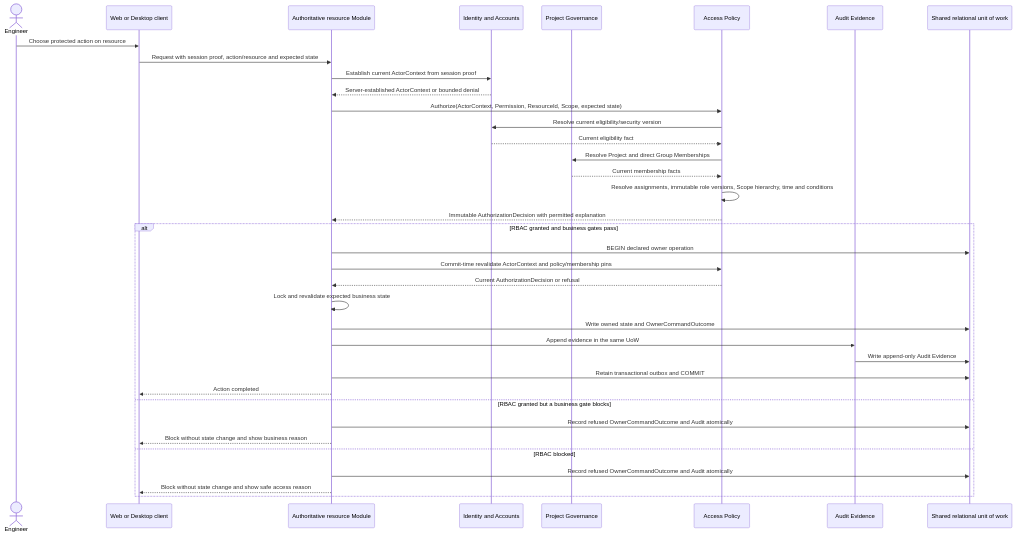
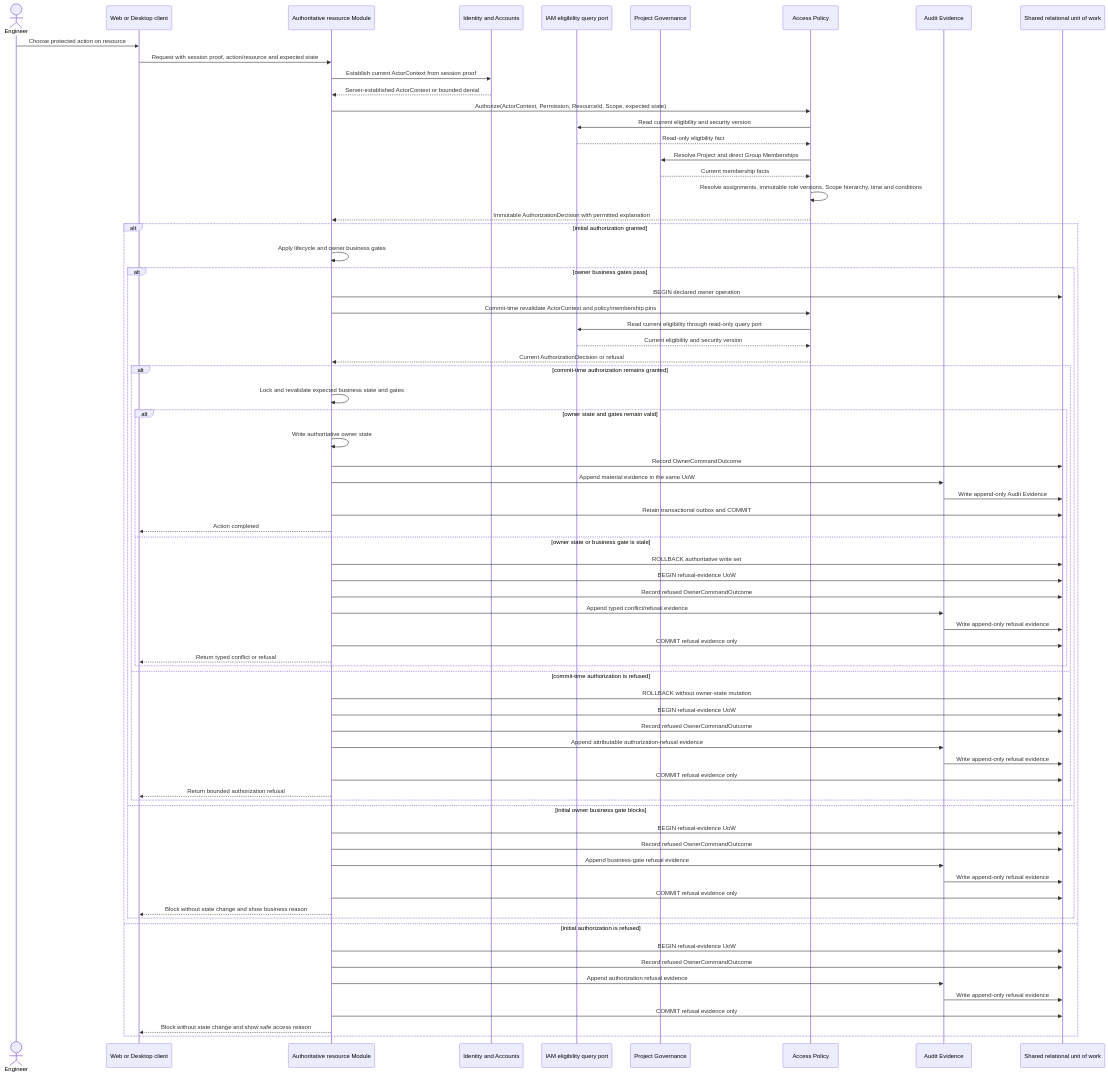
Diagram 20 of 26 in docs/product/instances/idea-engineering/DOC-05-architecture-description.md (devphuclam/IDEAEngineering), drawn with Mermaid before and after one commit. The commit also changed other lines of this file and 69 other files, not shown here.

Commit message:
docs: close remaining architecture transaction gaps

````diff
--- a/docs/product/instances/idea-engineering/DOC-05-architecture-description.md
+++ b/docs/product/instances/idea-engineering/DOC-05-architecture-description.md
@@ -1576,43 +1636,78 @@
 ```mermaid
 sequenceDiagram
     accTitle: Effective Permission followed by business gates
-    accDescr: A client presents session proof and never supplies a trusted ActorId. Server/IAM establishes ActorContext. The owner asks Access Policy with ActorContext, Permission, ResourceId, Scope and expected state; Access Policy itself resolves IAM eligibility, Project and Group membership, assignments, role versions and Scope hierarchy and returns an immutable AuthorizationDecision. The owner records a separate business-gate/final outcome. At commit, authorization inputs and owner state revalidate inside one relational unit of work with Audit Evidence and outbox.
+    accDescr: A client presents session proof and never supplies a trusted ActorId. Server/IAM establishes ActorContext. The owner asks Access Policy with ActorContext, Permission, ResourceId, Scope and expected state; Access Policy resolves IAM eligibility through a read-only query port, then Project and Group membership, assignments, role versions and Scope hierarchy, and returns an immutable AuthorizationDecision. The owner records a separate business-gate/final outcome. At commit, authorization inputs and owner state revalidate inside one relational unit of work with Audit Evidence and outbox. A revoked decision cannot fall through to an owner write.
 
     actor Engineer
     participant Client as Web or Desktop client
     participant Owner as Authoritative resource Module
     participant IAM as Identity and Accounts
+    participant IAMQ as IAM eligibility query port
     participant Project as Project Governance
     participant Policy as Access Policy
     participant Audit as Audit Evidence
     participant UoW as Shared relational unit of work
 
     Engineer->>Client: Choose protected action on resource
     Client->>Owner: Request with session proof, action/resource and expected state
     Owner->>IAM: Establish current ActorContext from session proof
     IAM-->>Owner: Server-established ActorContext or bounded denial
     Owner->>Policy: Authorize(ActorContext, Permission, ResourceId, Scope, expected state)
-    Policy->>IAM: Resolve current eligibility/security version
-    IAM-->>Policy: Current eligibility fact
+    Policy->>IAMQ: Read current eligibility and security version
+    IAMQ-->>Policy: Read-only eligibility fact
     Policy->>Project: Resolve Project and direct Group Memberships
     Project-->>Policy: Current membership facts
     Policy->>Policy: Resolve assignments, immutable role versions, Scope hierarchy, time and conditions
     Policy-->>Owner: Immutable AuthorizationDecision with permitted explanation
-    alt RBAC granted and business gates pass
-        Owner->>UoW: BEGIN declared owner operation
-        Owner->>Policy: Commit-time revalidate ActorContext and policy/membership pins
-        Policy-->>Owner: Current AuthorizationDecision or refusal
-        Owner->>Owner: Lock and revalidate expected business state
-        Owner->>UoW: Write owned state and OwnerCommandOutcome
-        Owner->>Audit: Append evidence in the same UoW
-        Audit->>UoW: Write append-only Audit Evidence
-        Owner->>UoW: Retain transactional outbox and COMMIT
-        Owner-->>Client: Action completed
-    else RBAC granted but a business gate blocks
-        Owner->>UoW: Record refused OwnerCommandOutcome and Audit atomically
-        Owner-->>Client: Block without state change and show business reason
-    else RBAC blocked
-        Owner->>UoW: Record refused OwnerCommandOutcome and Audit atomically
+    alt initial authorization granted
+        Owner->>Owner: Apply lifecycle and owner business gates
+        alt owner business gates pass
+            Owner->>UoW: BEGIN declared owner operation
+            Owner->>Policy: Commit-time revalidate ActorContext and policy/membership pins
+            Policy->>IAMQ: Read current eligibility through read-only query port
+            IAMQ-->>Policy: Current eligibility and security version
+            Policy-->>Owner: Current AuthorizationDecision or refusal
+            alt commit-time authorization remains granted
+                Owner->>Owner: Lock and revalidate expected business state and gates
+                alt owner state and gates remain valid
+                    Owner->>Owner: Write authoritative owner state
+                    Owner->>UoW: Record OwnerCommandOutcome
+                    Owner->>Audit: Append material evidence in the same UoW
+                    Audit->>UoW: Write append-only Audit Evidence
+                    Owner->>UoW: Retain transactional outbox and COMMIT
+                    Owner-->>Client: Action completed
+                else owner state or business gate is stale
+                    Owner->>UoW: ROLLBACK authoritative write set
+                    Owner->>UoW: BEGIN refusal-evidence UoW
+                    Owner->>UoW: Record refused OwnerCommandOutcome
+                    Owner->>Audit: Append typed conflict/refusal evidence
+                    Audit->>UoW: Write append-only refusal evidence
+                    Owner->>UoW: COMMIT refusal evidence only
+                    Owner-->>Client: Return typed conflict or refusal
+                end
+            else commit-time authorization is refused
+                Owner->>UoW: ROLLBACK without owner-state mutation
+                Owner->>UoW: BEGIN refusal-evidence UoW
+                Owner->>UoW: Record refused OwnerCommandOutcome
+                Owner->>Audit: Append attributable authorization-refusal evidence
+                Audit->>UoW: Write append-only refusal evidence
+                Owner->>UoW: COMMIT refusal evidence only
+                Owner-->>Client: Return bounded authorization refusal
+            end
+        else initial owner business gate blocks
+            Owner->>UoW: BEGIN refusal-evidence UoW
+            Owner->>UoW: Record refused OwnerCommandOutcome
+            Owner->>Audit: Append business-gate refusal evidence
+            Audit->>UoW: Write append-only refusal evidence
+            Owner->>UoW: COMMIT refusal evidence only
+            Owner-->>Client: Block without state change and show business reason
+        end
+    else initial authorization is refused
+        Owner->>UoW: BEGIN refusal-evidence UoW
+        Owner->>UoW: Record refused OwnerCommandOutcome
+        Owner->>Audit: Append authorization refusal evidence
+        Audit->>UoW: Write append-only refusal evidence
+        Owner->>UoW: COMMIT refusal evidence only
         Owner-->>Client: Block without state change and show safe access reason
     end
 ```
````
